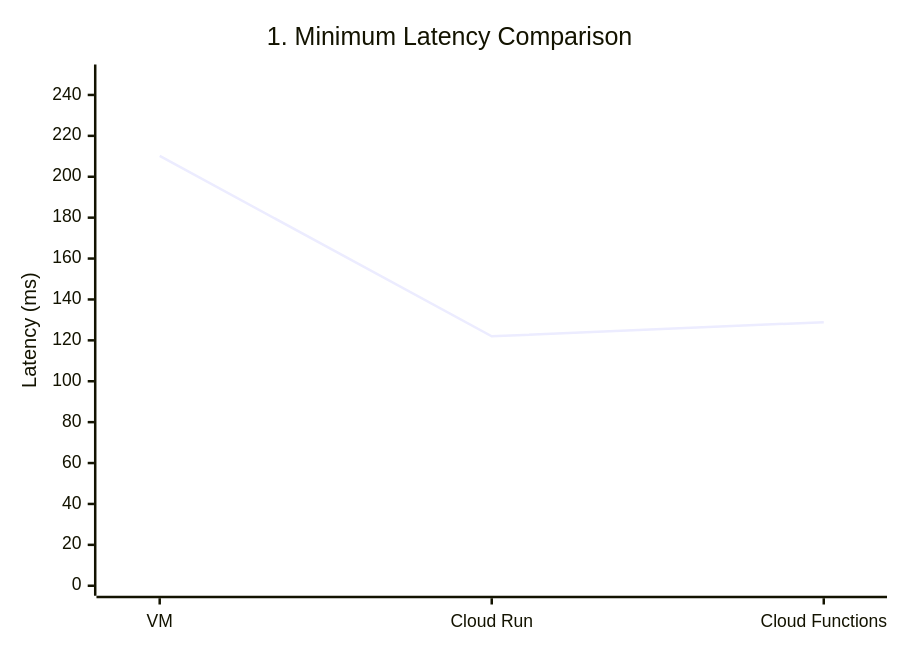
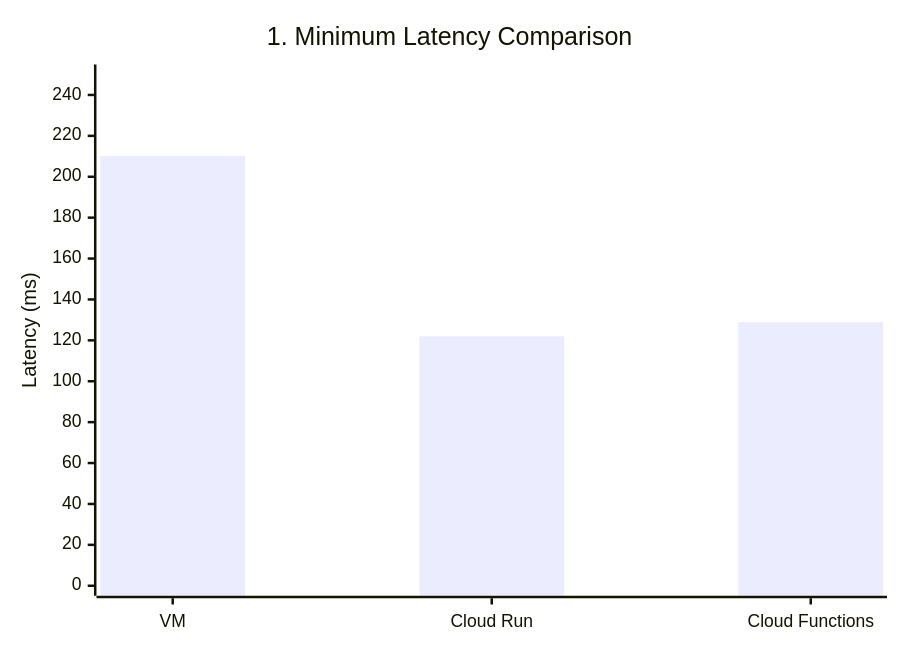
The first of 5 diagrams in submission/phase1_report.md (mshchukin/EURECOM-Clouds-Lab-2026), drawn with Mermaid before and after one commit. The commit also changed other lines of this file, not shown here.

Commit message:
Change latency graphs from line to bar charts

````diff
--- a/submission/phase1_report.md
+++ b/submission/phase1_report.md
@@ -30,7 +30,7 @@
 ```mermaid
 xychart-beta
     title "1. Minimum Latency Comparison"
     x-axis ["VM", "Cloud Run", "Cloud Functions"]
     y-axis "Latency (ms)" 0 --> 250
-    line "Min Latency" [210.2, 122.0, 128.9]
+    bar "Min Latency" [210.2, 122.0, 128.9]
 ```
````
